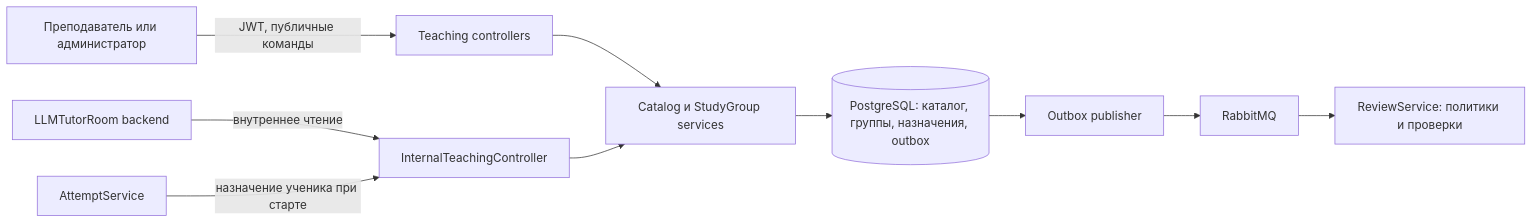
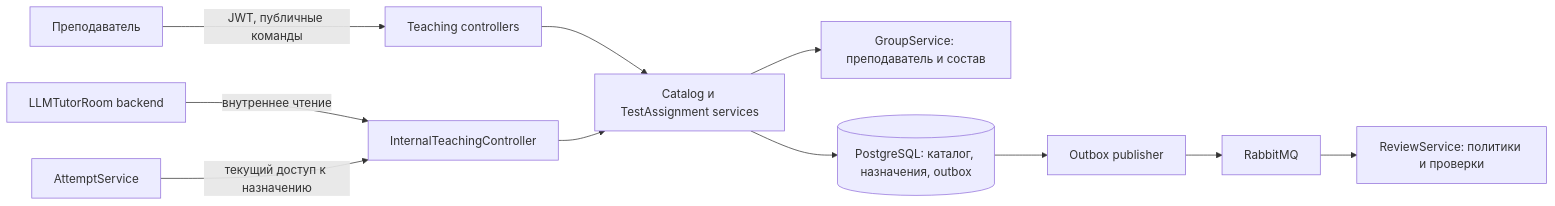
The first of 2 diagrams in docs/teaching-service.md (KomaMix/LLMTutorRoom), drawn with Mermaid before and after one commit. The commit also changed other lines of this file and 92 other files, not shown here.

First line of the commit message:
feat(groups): extract group service and enforce live membership

````diff
--- a/docs/teaching-service.md
+++ b/docs/teaching-service.md
@@ -21,12 +22,13 @@
 ```mermaid
 flowchart LR
-    UI[Преподаватель или администратор] -->|JWT, публичные команды| API[Teaching controllers]
+    UI[Преподаватель] -->|JWT, публичные команды| API[Teaching controllers]
     Room[LLMTutorRoom backend] -->|внутреннее чтение| Internal[InternalTeachingController]
-    Attempt[AttemptService] -->|назначение ученика при старте| Internal
-    API --> Services[Catalog и StudyGroup services]
+    Attempt[AttemptService] -->|текущий доступ к назначению| Internal
+    API --> Services[Catalog и TestAssignment services]
     Internal --> Services
-    Services --> DB[(PostgreSQL: каталог, группы, назначения, outbox)]
+    Services --> Groups[GroupService: преподаватель и состав]
+    Services --> DB[(PostgreSQL: каталог, назначения, outbox)]
     DB --> Worker[Outbox publisher]
     Worker --> MQ[RabbitMQ]
     MQ --> Review[ReviewService: политики и проверки]
 ```
````
